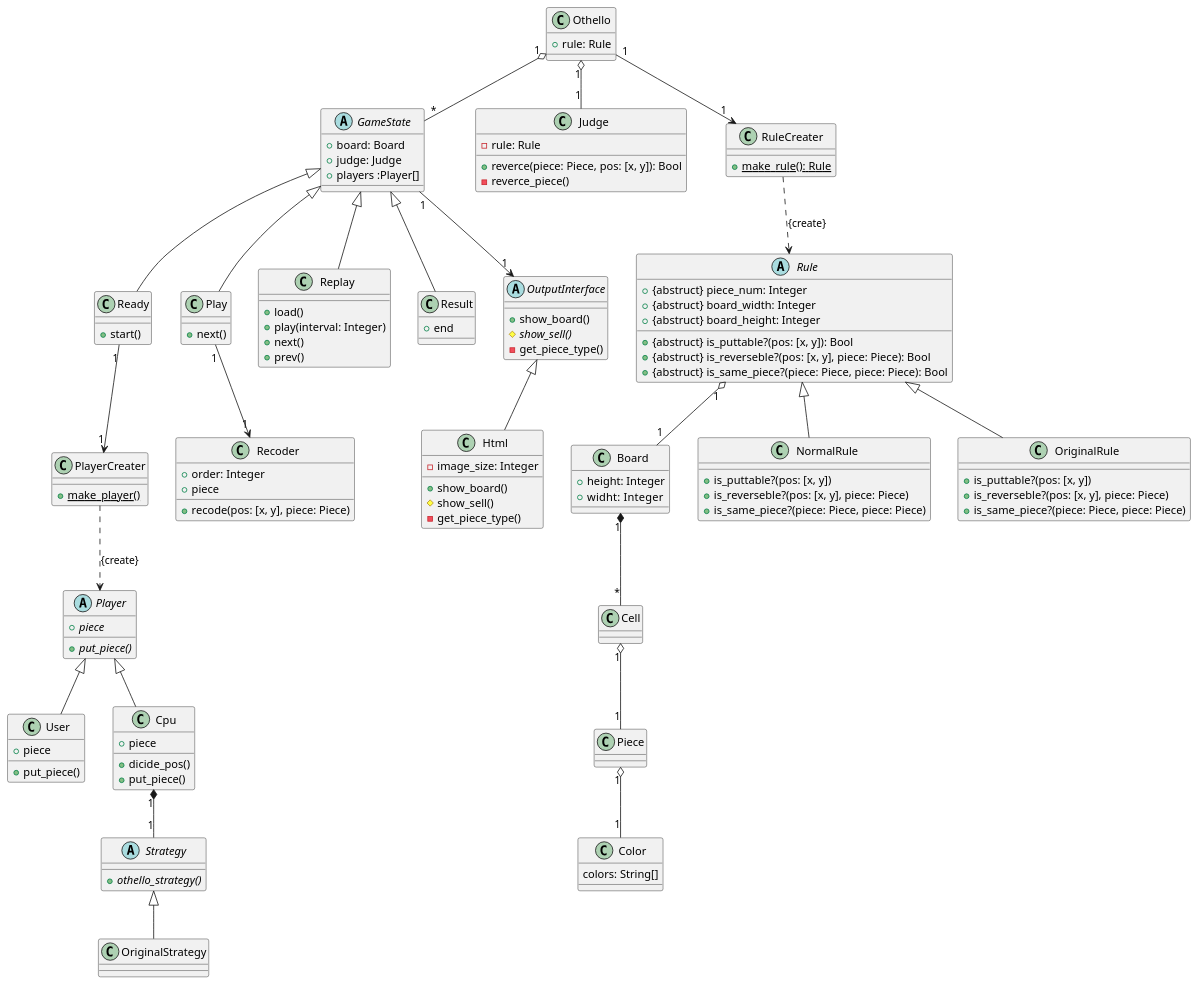
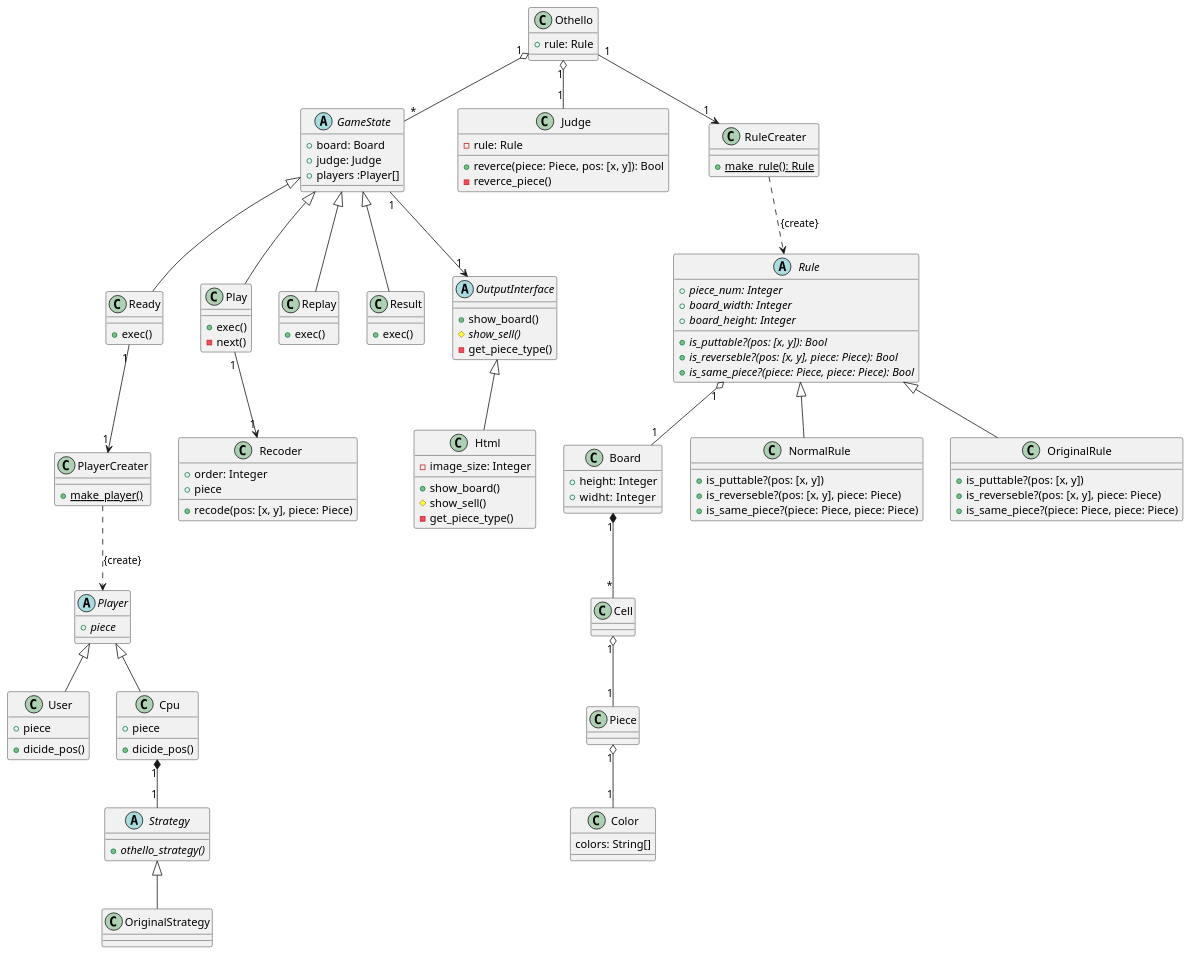
The diagram in uml/othello.pu (MaxMEllon/AppBox), drawn with PlantUML before and after one commit. The commit also changed 2 other files, not shown here.

```diff
--- a/uml/othello.pu
+++ b/uml/othello.pu
@@ -1,176 +1,169 @@
 @startuml{othello.png}
 
 class Othello {
   +rule: Rule
 }
 
 abstract GameState {
   +board: Board
   +judge: Judge
   +players :Player[]
 }
 
 class Board {
   +height: Integer
   +widht:  Integer
 }
 
 class Cell {
 }
 
 class Piece {
 }
 
 class Piece {
 }
 
 class Color {
   colors: String[]
 }
 
 ' class Pos {
 '   +{static} pos2id(): String
 '   +{static} id2pos(): [x, y]
 '   +{static} pos2int(): [x, y]
 '   +{static} calc_pos(): [height, width]
 ' }
 
 class Ready {
-  +start()
+  +exec()
 }
-
 class Play {
-  +next()
+  +exec()
+  -next()
 }
-
 class Replay {
-  +load()
-  +play(interval: Integer)
-  +next()
-  +prev()
+  +exec()
 }
-
 class Result {
-  +end
+  +exec()
 }
 
 ' Outputinterface {{{
 abstract OutputInterface {
   +show_board()
   #{abstract} show_sell()
   -get_piece_type()
 }
 
 class Html {
   -image_size: Integer
 
   +show_board()
   #show_sell()
   -get_piece_type()
 }
 ' }}}
 
 ' Player {{{
 abstract Player {
   +{abstract} piece
-  +{abstract} put_piece()
 }
 
 class User {
   +piece
-  +put_piece()
+  +dicide_pos()
 }
 
 class Cpu {
   +piece
   +dicide_pos()
-  +put_piece()
 }
 
 abstract Strategy {
   +{abstract} othello_strategy()
 }
 class OriginalStrategy {
 
 }
 
 class PlayerCreater {
   +{static} make_player()
 }
 ' }}}
 
 class Judge {
   -rule: Rule
   +reverce(piece: Piece, pos: [x, y]): Bool
   -reverce_piece()
 }
 
 ' Rule {{{
 abstract Rule {
-  +{abstruct} piece_num: Integer
-  +{abstruct} board_width: Integer
-  +{abstruct} board_height: Integer
+  +{abstract} piece_num: Integer
+  +{abstract} board_width: Integer
+  +{abstract} board_height: Integer
 
-  +{abstruct} is_puttable?(pos: [x, y]): Bool
-  +{abstruct} is_reverseble?(pos: [x, y], piece: Piece): Bool
-  +{abstruct} is_same_piece?(piece: Piece, piece: Piece): Bool
+  +{abstract} is_puttable?(pos: [x, y]): Bool
+  +{abstract} is_reverseble?(pos: [x, y], piece: Piece): Bool
+  +{abstract} is_same_piece?(piece: Piece, piece: Piece): Bool
 }
 
 class NormalRule {
   +is_puttable?(pos: [x, y])
   +is_reverseble?(pos: [x, y], piece: Piece)
   +is_same_piece?(piece: Piece, piece: Piece)
 }
 
 class OriginalRule {
   +is_puttable?(pos: [x, y])
   +is_reverseble?(pos: [x, y], piece: Piece)
   +is_same_piece?(piece: Piece, piece: Piece)
 }
 
 class Recoder {
   +order: Integer
   +piece
   +recode(pos: [x, y], piece: Piece)
 }
 
 class RuleCreater {
   +{static} make_rule(): Rule
 }
 
 ' }}}
 
 ' 関連 {{{
 Othello "1" o-- "*" GameState
 Othello "1" o-- "1" Judge
 Othello "1" --> "1" RuleCreater
 
 GameState <|-- Ready
 GameState <|-- Play
 GameState <|-- Replay
 GameState <|-- Result
 GameState "1" --> "1" OutputInterface
 Ready "1" --> "1" PlayerCreater
 Play "1" --> "1" Recoder
 
 Board "1" *-- "*" Cell
 
 RuleCreater ..> Rule : {create}
 Rule <|-- NormalRule
 Rule <|-- OriginalRule
 Rule "1" o-- "1" Board
 
 PlayerCreater ..> Player : {create}
 Player <|-- User
 Player <|-- Cpu
 
 Cpu "1" *-- "1" Strategy
 Strategy <|-- OriginalStrategy
 
 Cell  "1" o-- "1" Piece
 Piece "1" o-- "1" Color
 
 OutputInterface <|-- Html
 ' }}}
 
 @enduml
```
